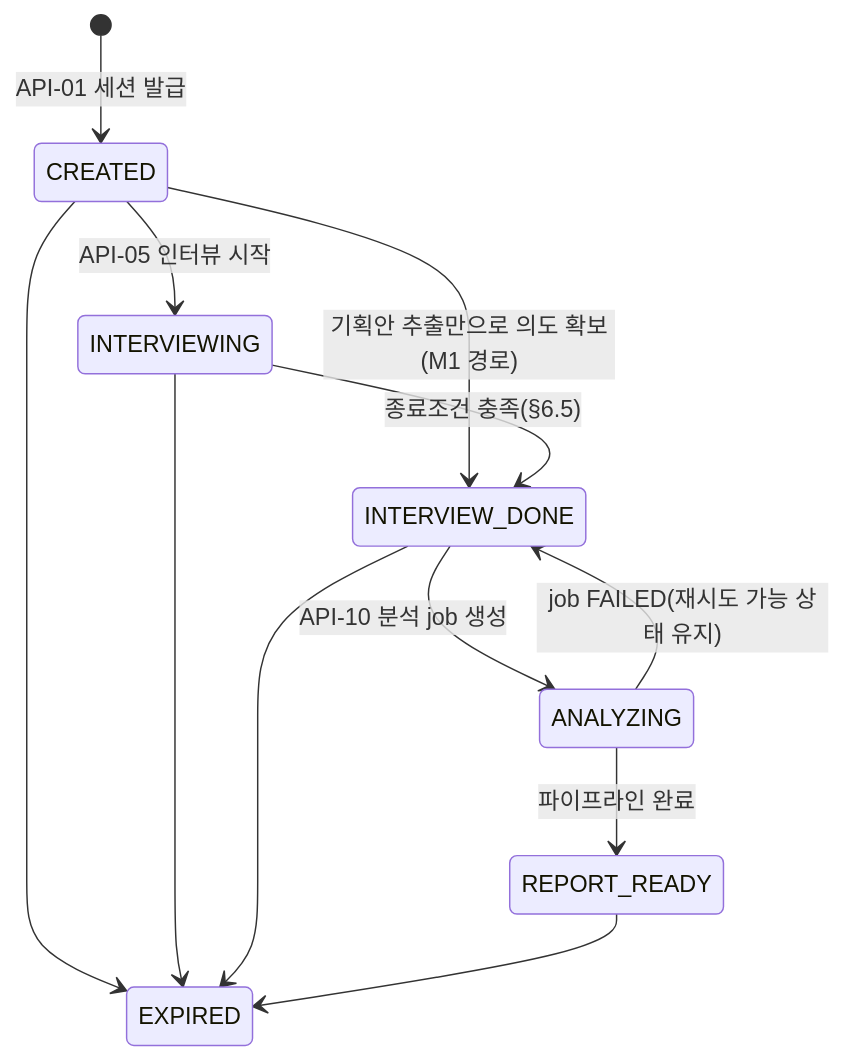
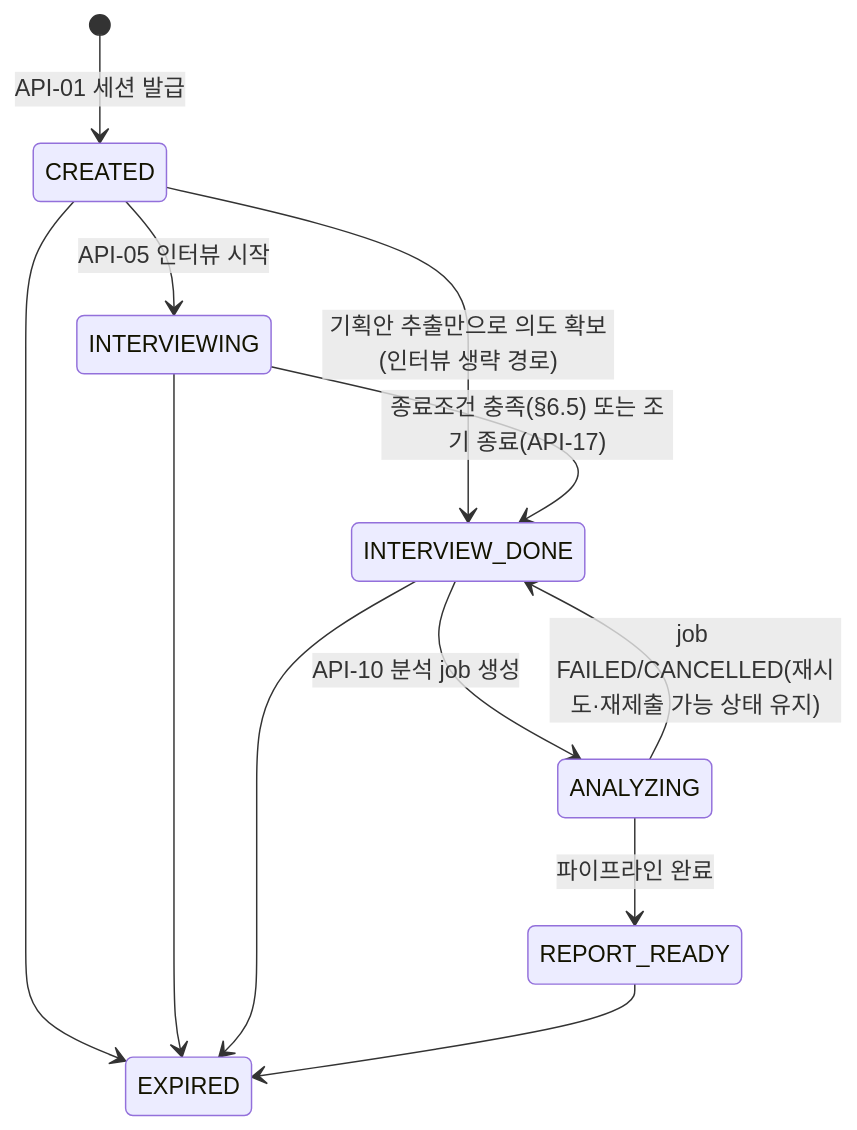
One commit to sw1029/mat-copilot changed the second of 2 diagrams in TRD/back.md. Above: the diagram before and after it, drawn with Mermaid. The commit also changed other lines of this file and 9 other files, not shown here.

Commit message:
docs: PRD/TRD/SCHEMA 문서 로컬 개정본 반영

````diff
--- a/TRD/back.md
+++ b/TRD/back.md
@@ -194,14 +198,14 @@
 ```mermaid
 stateDiagram-v2
     [*] --> CREATED: API-01 세션 발급
     CREATED --> INTERVIEWING: API-05 인터뷰 시작
-    CREATED --> INTERVIEW_DONE: 기획안 추출만으로 의도 확보(M1 경로)
-    INTERVIEWING --> INTERVIEW_DONE: 종료조건 충족(§6.5)
+    CREATED --> INTERVIEW_DONE: 기획안 추출만으로 의도 확보(인터뷰 생략 경로)
+    INTERVIEWING --> INTERVIEW_DONE: 종료조건 충족(§6.5) 또는 조기 종료(API-17)
     INTERVIEW_DONE --> ANALYZING: API-10 분석 job 생성
     ANALYZING --> REPORT_READY: 파이프라인 완료
-    ANALYZING --> INTERVIEW_DONE: job FAILED(재시도 가능 상태 유지)
+    ANALYZING --> INTERVIEW_DONE: job FAILED/CANCELLED(재시도·재제출 가능 상태 유지)
     CREATED --> EXPIRED
     INTERVIEWING --> EXPIRED
     INTERVIEW_DONE --> EXPIRED
     REPORT_READY --> EXPIRED
 ```
````
